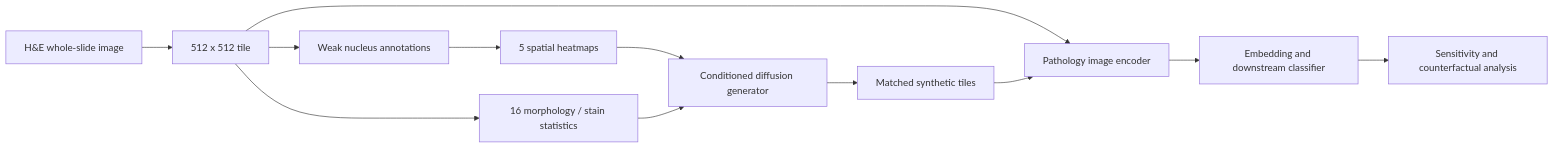
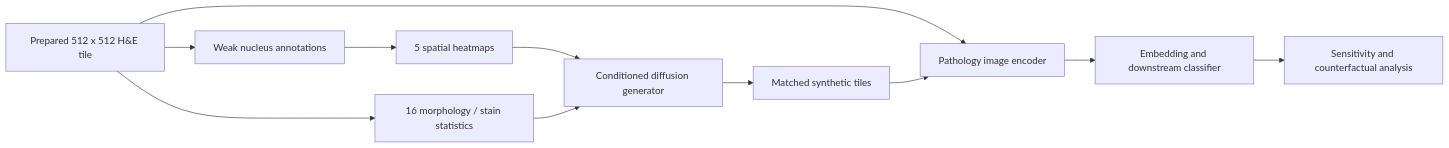
One commit to a12dongithub/PathOGen changed the diagram in docs/onboarding/background.md. Above: the diagram before and after it, drawn with Mermaid. The commit also changed other lines of this file and 92 other files, not shown here.

````diff
--- a/docs/onboarding/background.md
+++ b/docs/onboarding/background.md
@@ -7,14 +7,13 @@
 ```mermaid
 flowchart LR
-    A["H&E whole-slide image"] --> B["512 x 512 tile"]
-    B --> C["Weak nucleus annotations"]
+    B["Prepared 512 x 512 H&E tile"] --> C["Weak nucleus annotations"]
     C --> D["5 spatial heatmaps"]
     B --> E["16 morphology / stain statistics"]
     D --> F["Conditioned diffusion generator"]
     E --> F
     F --> G["Matched synthetic tiles"]
     B --> H["Pathology image encoder"]
     G --> H
     H --> I["Embedding and downstream classifier"]
     I --> J["Sensitivity and counterfactual analysis"]
 ```
````
